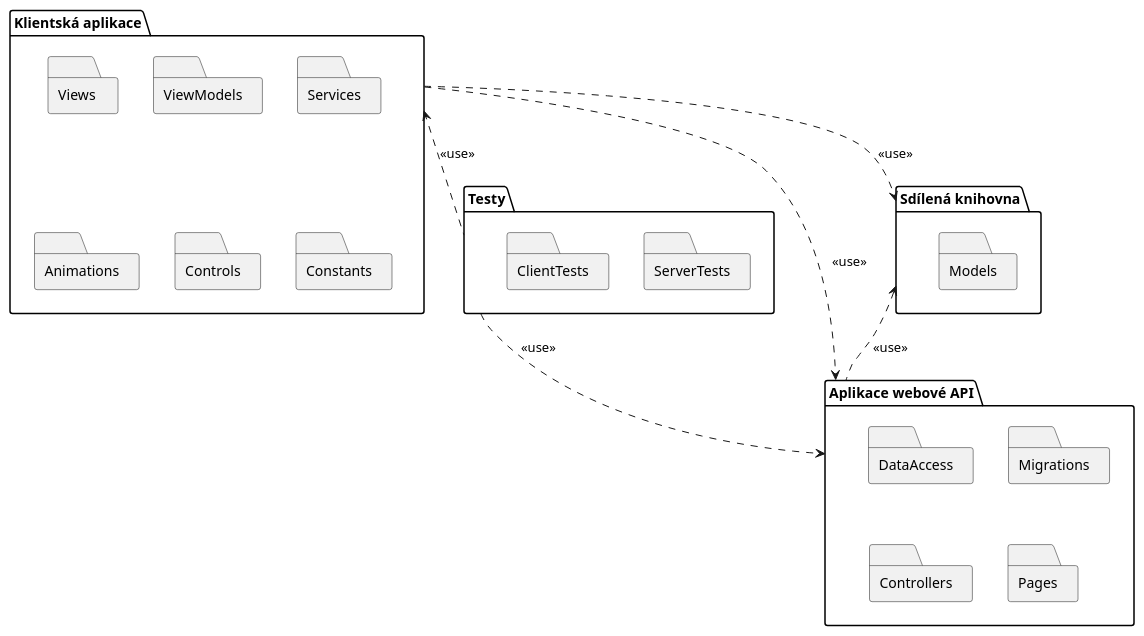
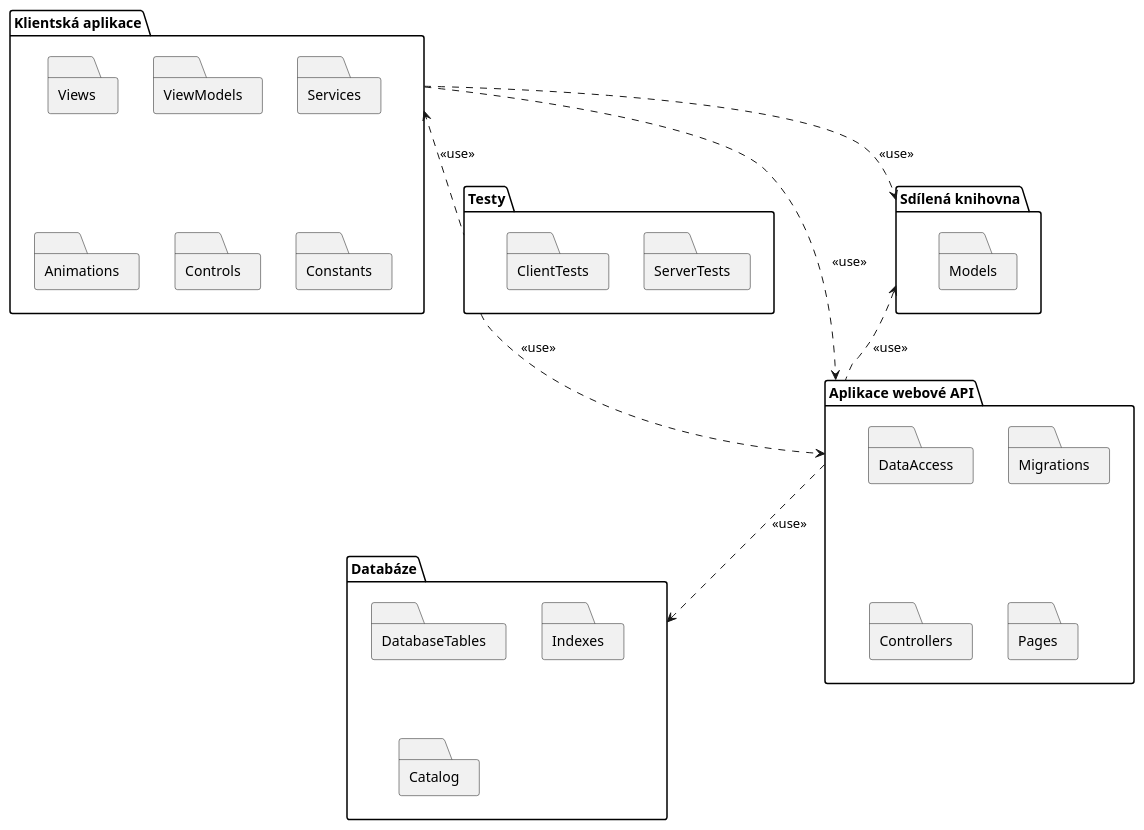
The diagram in dokumentace architektury/architektura 1/assets/diagram_codes/modules_diagram.puml (MichalMoudry/4IT575-seminarni-prace), drawn with PlantUML before and after one commit. The commit also changed 3 other files, not shown here.

```diff
--- a/dokumentace architektury/architektura 1/assets/diagram_codes/modules_diagram.puml
+++ b/dokumentace architektury/architektura 1/assets/diagram_codes/modules_diagram.puml
@@ -1,55 +1,67 @@
 @startuml
 
 package "Klientská aplikace" as clientApp {
 
     folder "Views"
 
     folder "ViewModels"
 
     folder "Services"
 
     folder "Animations"
 
     folder "Controls"
 
     folder "Constants"
 
 }
 
 package "Aplikace webové API" as webApp {
 
     folder "DataAccess"
 
     folder "Migrations"
 
     folder "Controllers"
 
     folder "Pages"
 
 }
 
 package "Sdílená knihovna" as sharedLibrary {
 
     folder "Models"
 
 }
 
 package "Testy" as tests {
 
     folder "ServerTests"
 
     folder "ClientTests"
 
 }
 
+package "Databáze" as db {
+    
+    folder "DatabaseTables"
+
+    folder "Indexes"
+
+    folder "Catalog"
+
+}
+
 webApp .up.> sharedLibrary : "<<use>>"
 
 clientApp ..> sharedLibrary : "<<use>>"
 
 clientApp ..> webApp : "<<use>>"
 
 tests .left.> clientApp : "<<use>>"
 
 tests .down.> webApp : "<<use>>"
 
+webApp ..> db : "<<use>>"
+
 @enduml
```
